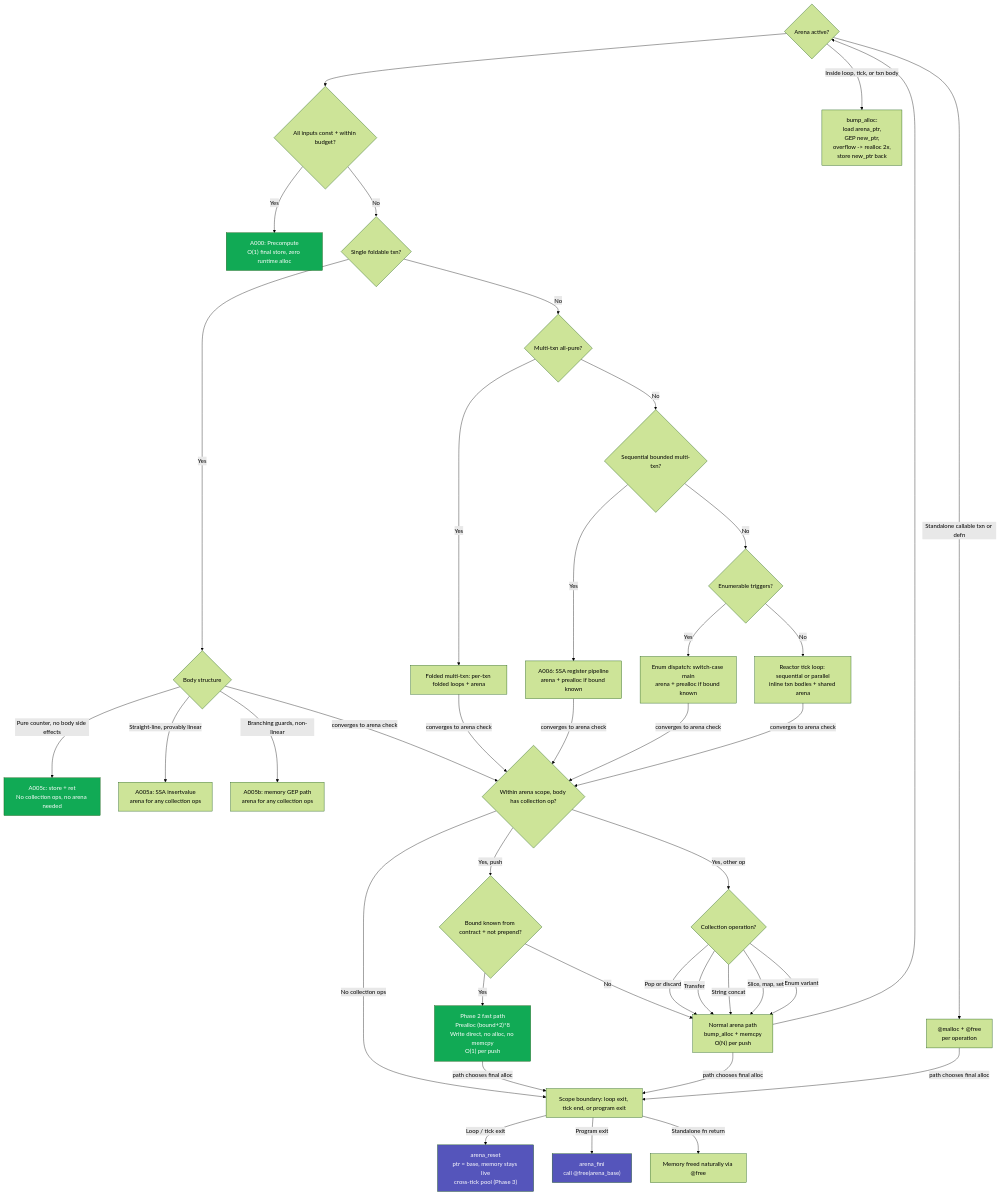
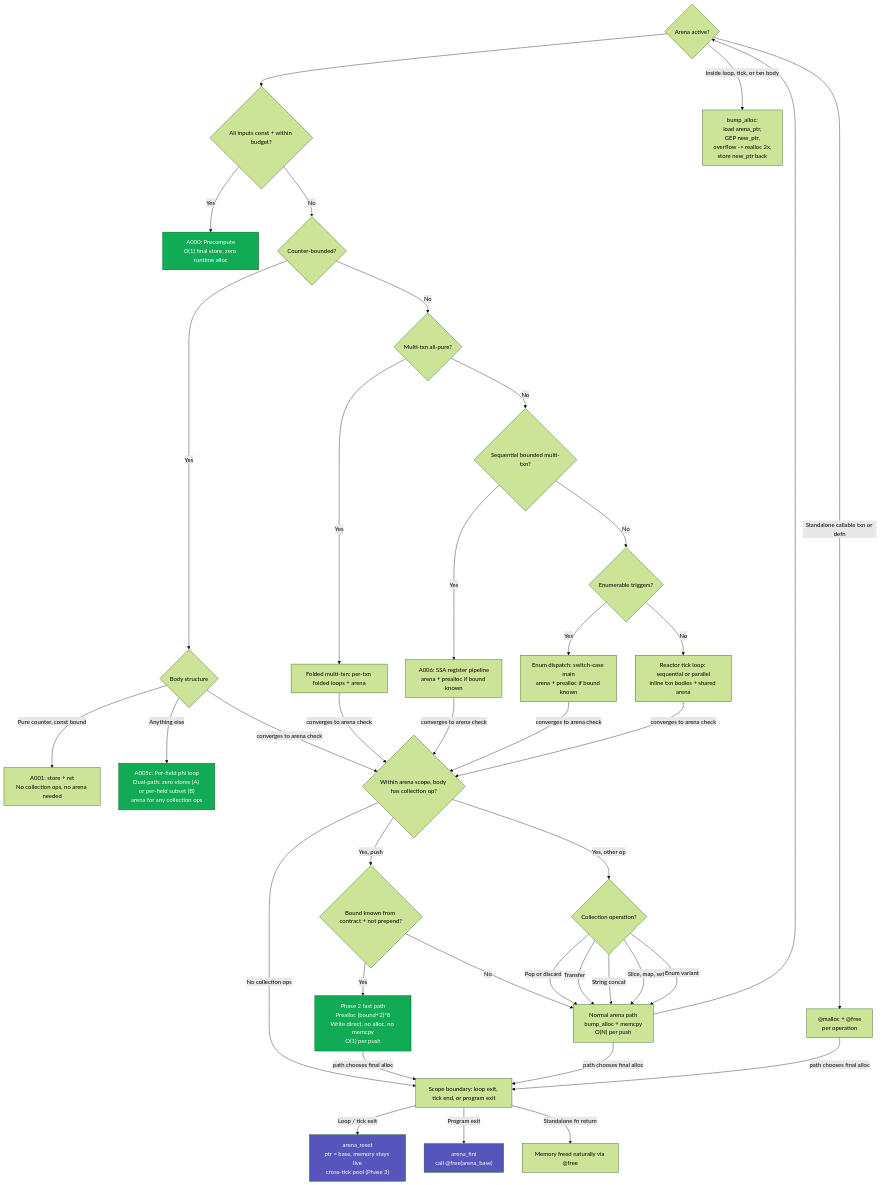
The diagram in docs/architecture/llvm-memory-management.md (Randozart/brief-lang), drawn with Mermaid (forest theme) before and after one commit. The commit also changed other lines of this file and 4 other files, not shown here.

````diff
--- a/docs/architecture/llvm-memory-management.md
+++ b/docs/architecture/llvm-memory-management.md
@@ -715,61 +715,60 @@
 ```mermaid
 graph TD
     P[Program enters codegen] --> A{All inputs const + within budget?}
     A -->|Yes| A000["A000: Precompute<br>O(1) final store, zero runtime alloc"]
-    A -->|No| B{Single foldable txn?}
+    A -->|No| B{Counter-bounded?}
 
     B -->|Yes| D{Body structure}
-    D -->|Pure counter, no body side effects| A005c["A005c: store + ret<br>No collection ops, no arena needed"]
-    D -->|Straight-line, provably linear| A005a["A005a: SSA insertvalue<br>arena for any collection ops"]
-    D -->|Branching guards, non-linear| A005b["A005b: memory GEP path<br>arena for any collection ops"]
+    D -->|Pure counter, const bound| A001["A001: store + ret<br>No collection ops, no arena needed"]
+    D -->|Anything else| A005c["A005c: Per-field phi loop<br>Dual-path: zero stores (A) or per-field subset (B)<br>arena for any collection ops"]
 
     B -->|No| C{Multi-txn all-pure?}
     C -->|Yes| E[Folded multi-txn: per-txn folded loops + arena]
 
     C -->|No| F{Sequential bounded multi-txn?}
     F -->|Yes| G["A006: SSA register pipeline<br>arena + prealloc if bound known"]
 
     F -->|No| H{Enumerable triggers?}
     H -->|Yes| I["Enum dispatch: switch-case main<br>arena + prealloc if bound known"]
 
     H -->|No| J["Reactor tick loop: sequential or parallel<br>inline txn bodies + shared arena"]
 
     D -->|converges to arena check| K
     E -->|converges to arena check| K
     G -->|converges to arena check| K
     I -->|converges to arena check| K
     J -->|converges to arena check| K
 
     K{Within arena scope, body has collection op?}
     K -->|Yes, push| L{Bound known from contract + not prepend?}
     L -->|Yes| M["Phase 2 fast path<br>Prealloc (bound+2)*8<br>Write direct, no alloc, no memcpy<br>O(1) per push"]
     L -->|No| N["Normal arena path<br>bump_alloc + memcpy<br>O(N) per push"]
 
     K -->|Yes, other op| O{Collection operation?}
     O -->|Pop or discard| N
     O -->|Transfer| N
     O -->|String concat| N
     O -->|Slice, map, set| N
     O -->|Enum variant| N
 
     K -->|No collection ops| S
 
     N --> P{Arena active?}
     P -->|Inside loop, tick, or txn body| Q["bump_alloc:<br>load arena_ptr,<br>GEP new_ptr,<br>overflow -> realloc 2x,<br>store new_ptr back"]
     P -->|Standalone callable txn or defn| R["@malloc + @free<br>per operation"]
 
     M -->|path chooses final alloc| S
     N -->|path chooses final alloc| S
     R -->|path chooses final alloc| S
 
     S[Scope boundary: loop exit, tick end, or program exit]
     S -->|Loop / tick exit| U["arena_reset<br>ptr = base, memory stays live<br>cross-tick pool (Phase 3)"]
     S -->|Program exit| V["arena_fini<br>call @free(arena_base)"]
     S -->|Standalone fn return| W[Memory freed naturally via @free]
 
     style A000 fill:#1a5,color:#fff
     style A005c fill:#1a5,color:#fff
     style M fill:#1a5,color:#fff
     style U fill:#55b,color:#fff
     style V fill:#55b,color:#fff
 ```
````
